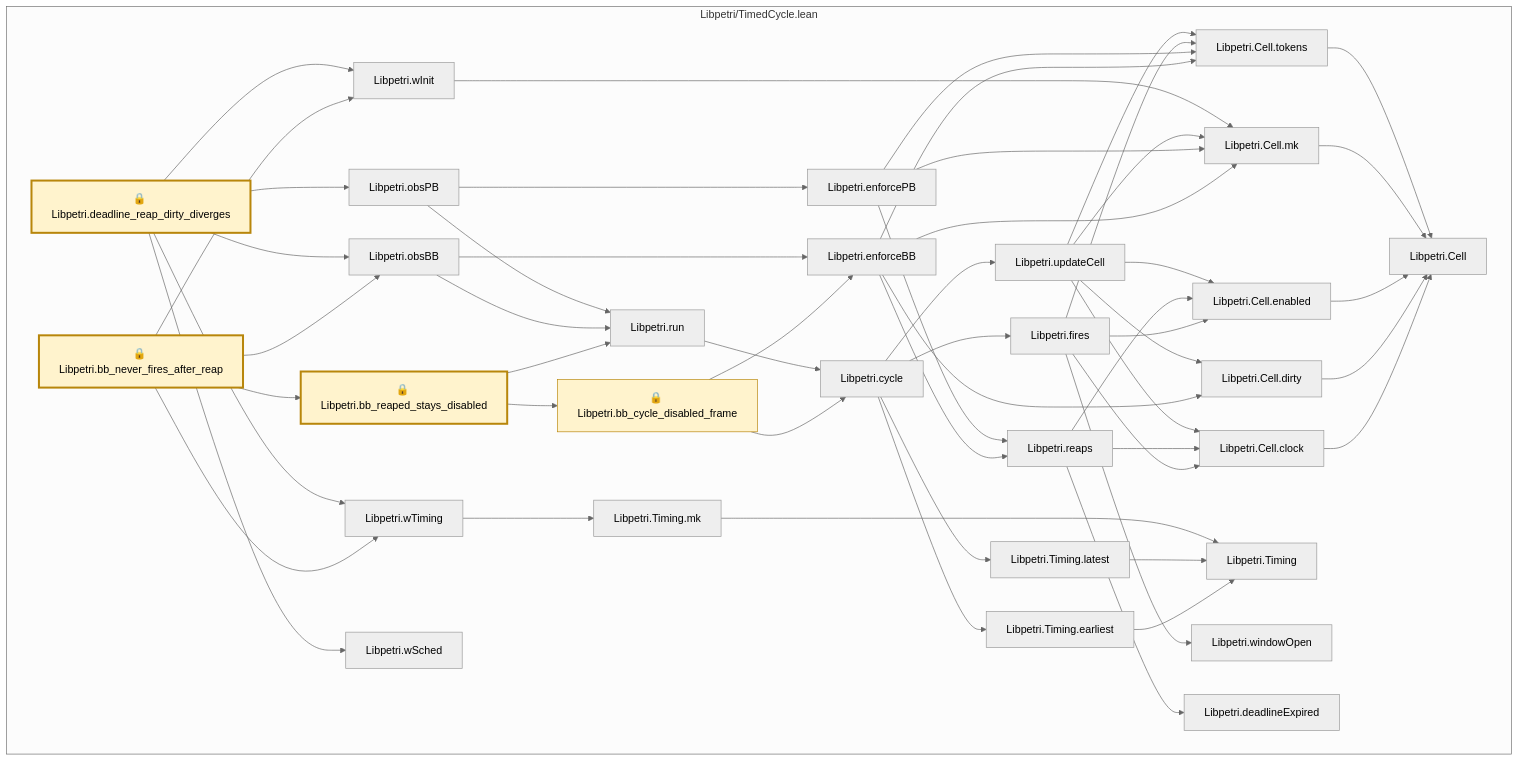
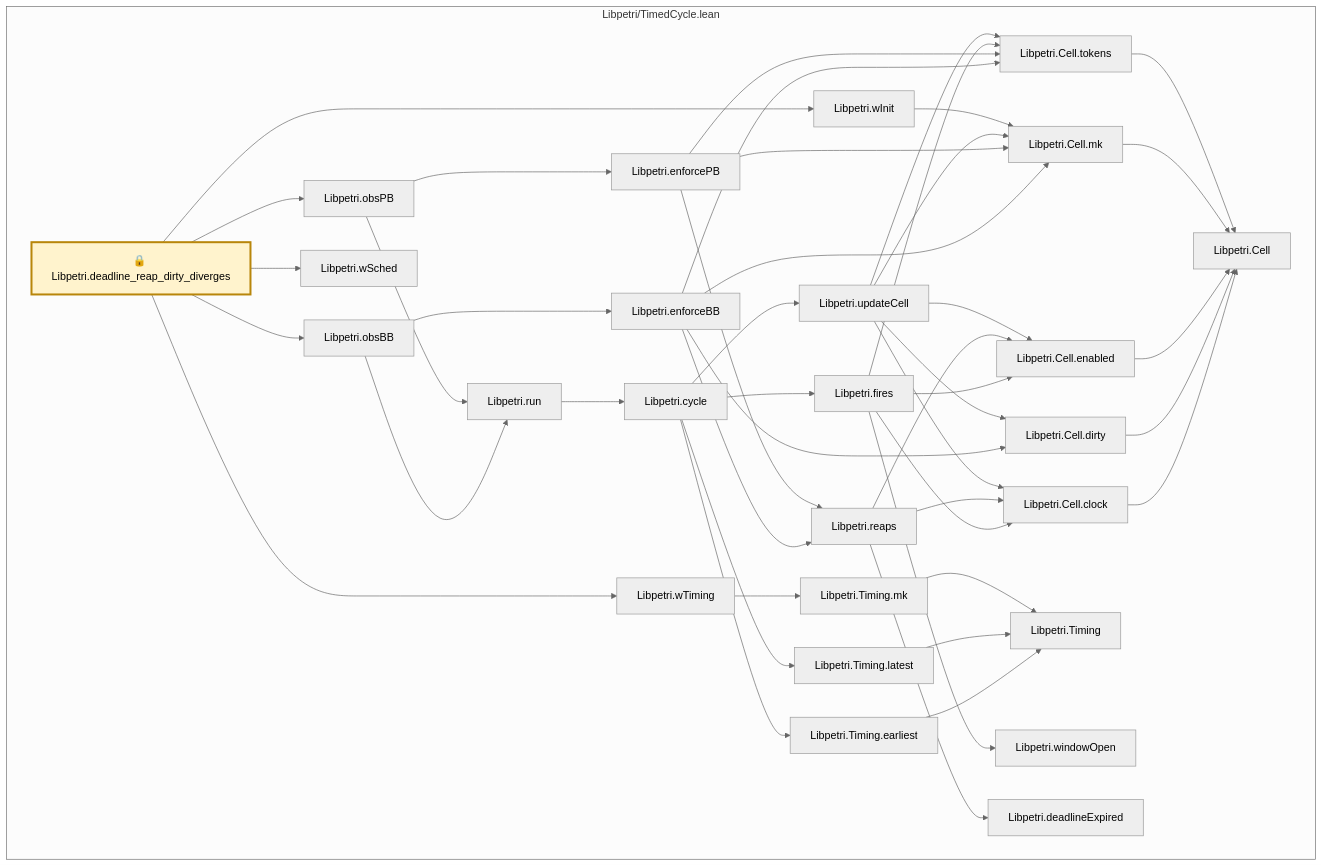
One commit to debe/libpetri changed the fourth of 5 diagrams in lean/graph/requirements/TIME-013.md. Above: the diagram before and after it, drawn with Mermaid (neutral theme). The commit also changed other lines of this file and 118 other files, not shown here.

````diff
--- a/lean/graph/requirements/TIME-013.md
+++ b/lean/graph/requirements/TIME-013.md
@@ -17,83 +278,72 @@
     n18["Libpetri.Cell.enabled"]
     n19["Libpetri.Cell.mk"]
     n20["Libpetri.Cell.tokens"]
-    n522["Libpetri.Timing"]
-    n523["Libpetri.Timing.earliest"]
-    n524["Libpetri.Timing.latest"]
-    n525["Libpetri.Timing.mk"]
-    n583["🔒 Libpetri.bb_cycle_disabled_frame"]
-    n584["🔒 Libpetri.bb_never_fires_after_reap"]
-    n585["🔒 Libpetri.bb_reaped_stays_disabled"]
-    n634["Libpetri.cycle"]
-    n635["Libpetri.deadlineExpired"]
-    n636["🔒 Libpetri.deadline_reap_dirty_diverges"]
-    n657["Libpetri.enforceBB"]
-    n658["Libpetri.enforcePB"]
-    n687["Libpetri.fires"]
-    n749["Libpetri.obsBB"]
-    n750["Libpetri.obsPB"]
-    n797["Libpetri.reaps"]
-    n820["Libpetri.run"]
-    n866["Libpetri.updateCell"]
-    n874["Libpetri.wInit"]
-    n881["Libpetri.wSched"]
-    n883["Libpetri.wTiming"]
-    n885["Libpetri.windowOpen"]
+    n2600["Libpetri.Timing"]
+    n2601["Libpetri.Timing.earliest"]
+    n2602["Libpetri.Timing.latest"]
+    n2603["Libpetri.Timing.mk"]
+    n2713["Libpetri.cycle"]
+    n2714["Libpetri.deadlineExpired"]
+    n2715["🔒 Libpetri.deadline_reap_dirty_diverges"]
+    n2736["Libpetri.enforceBB"]
+    n2737["Libpetri.enforcePB"]
+    n2766["Libpetri.fires"]
+    n2833["Libpetri.obsBB"]
+    n2834["Libpetri.obsPB"]
+    n2883["Libpetri.reaps"]
+    n2906["Libpetri.run"]
+    n2953["Libpetri.updateCell"]
+    n2961["Libpetri.wInit"]
+    n2968["Libpetri.wSched"]
+    n2970["Libpetri.wTiming"]
+    n2972["Libpetri.windowOpen"]
   end
   n16 --> n15
   n17 --> n15
   n18 --> n15
   n19 --> n15
   n20 --> n15
-  n523 --> n522
-  n524 --> n522
-  n525 --> n522
-  n583 --> n634
-  n583 --> n657
-  n584 --> n585
-  n584 --> n749
-  n584 --> n874
-  n584 --> n883
-  n585 --> n583
-  n585 --> n820
-  n634 --> n523
-  n634 --> n524
-  n634 --> n687
-  n634 --> n866
-  n636 --> n749
-  n636 --> n750
-  n636 --> n874
-  n636 --> n881
-  n636 --> n883
-  n657 --> n17
-  n657 --> n19
-  n657 --> n20
-  n657 --> n797
-  n658 --> n19
-  n658 --> n20
-  n658 --> n797
-  n687 --> n16
-  n687 --> n18
-  n687 --> n20
-  n687 --> n885
-  n749 --> n657
-  n749 --> n820
-  n750 --> n658
-  n750 --> n820
-  n797 --> n16
-  n797 --> n18
-  n797 --> n635
-  n820 --> n634
-  n866 --> n16
-  n866 --> n17
-  n866 --> n18
-  n866 --> n19
-  n866 --> n20
-  n874 --> n19
-  n883 --> n525
+  n2601 --> n2600
+  n2602 --> n2600
+  n2603 --> n2600
+  n2713 --> n2601
+  n2713 --> n2602
+  n2713 --> n2766
+  n2713 --> n2953
+  n2715 --> n2833
+  n2715 --> n2834
+  n2715 --> n2961
+  n2715 --> n2968
+  n2715 --> n2970
+  n2736 --> n17
+  n2736 --> n19
+  n2736 --> n20
+  n2736 --> n2883
+  n2737 --> n19
+  n2737 --> n20
+  n2737 --> n2883
+  n2766 --> n16
+  n2766 --> n18
+  n2766 --> n20
+  n2766 --> n2972
+  n2833 --> n2736
+  n2833 --> n2906
+  n2834 --> n2737
+  n2834 --> n2906
+  n2883 --> n16
+  n2883 --> n18
+  n2883 --> n2714
+  n2906 --> n2713
+  n2953 --> n16
+  n2953 --> n17
+  n2953 --> n18
+  n2953 --> n19
+  n2953 --> n20
+  n2961 --> n19
+  n2970 --> n2603
   classDef root stroke-width:3px
   classDef locked fill:#fff3cd,stroke:#b8860b
   classDef collapsed fill:#eeeeee,stroke-dasharray:4 4
-  class n584,n585,n636 root
-  class n583,n584,n585,n636 locked
+  class n2715 root
+  class n2715 locked
 ```
````
